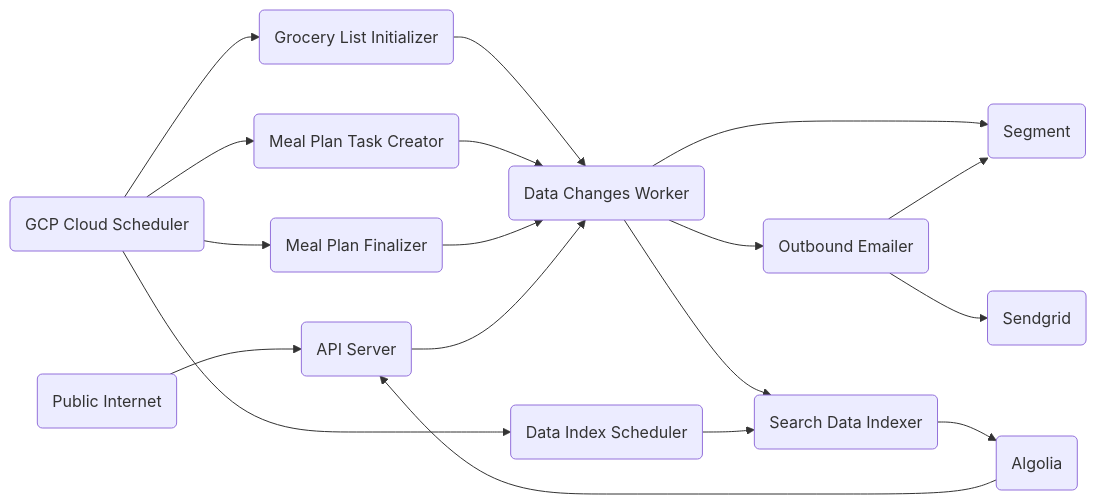
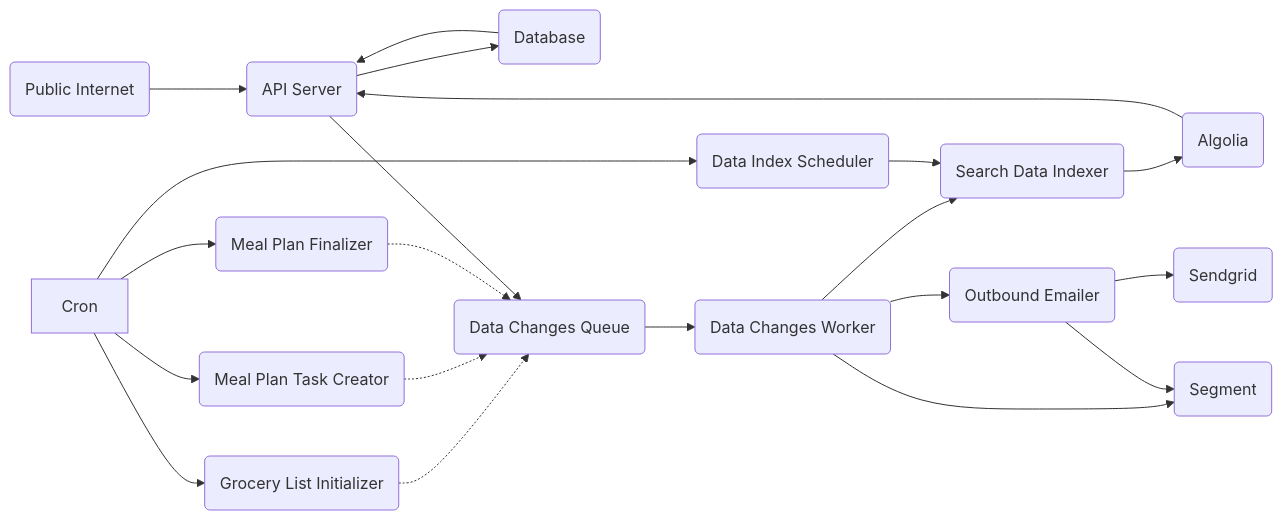
One commit to dinnerdonebetter/dinnerdonebetter changed the diagram in backend/README.md. Above: the diagram before and after it, drawn with Mermaid. The commit also changed 142 other files, not shown here.

````diff
--- a/backend/README.md
+++ b/backend/README.md
@@ -32,33 +32,37 @@
 ```mermaid
 flowchart LR
+    PublicInternet("Public Internet")
     APIServer("API Server")
-    PublicInternet("Public Internet")
     Sendgrid("Sendgrid")
     Segment("Segment")
     Algolia("Algolia")
-    Cron("GCP Cloud Scheduler")
+    Database("Database")
+    DataChangesQueue("Data Changes Queue")
     DataChangesWorker("Data Changes Worker")
     MealPlanFinalizerWorker("Meal Plan Finalizer")
     MealPlanGroceryListInitializerWorker("Grocery List Initializer")
     MealPlanTaskCreatorWorker("Meal Plan Task Creator")
     OutboundEmailerWorker("Outbound Emailer")
     SearchDataIndexSchedulerWorker("Data Index Scheduler")
     SearchDataIndexerWorker("Search Data Indexer")
     PublicInternet-->APIServer
     Cron-->MealPlanGroceryListInitializerWorker
     Cron-->SearchDataIndexSchedulerWorker
     Cron-->MealPlanTaskCreatorWorker
     Cron-->MealPlanFinalizerWorker
     DataChangesWorker-->OutboundEmailerWorker
     DataChangesWorker-->SearchDataIndexerWorker
-    MealPlanGroceryListInitializerWorker-->DataChangesWorker
-    MealPlanTaskCreatorWorker-->DataChangesWorker
-    MealPlanFinalizerWorker-->DataChangesWorker
+    MealPlanGroceryListInitializerWorker-.->DataChangesQueue
+    MealPlanTaskCreatorWorker-.->DataChangesQueue
+    MealPlanFinalizerWorker-.->DataChangesQueue
     SearchDataIndexSchedulerWorker-->SearchDataIndexerWorker
     SearchDataIndexerWorker-->Algolia
-    APIServer-->DataChangesWorker
+    DataChangesQueue-->DataChangesWorker
     DataChangesWorker-->Segment
     OutboundEmailerWorker-->Segment
     OutboundEmailerWorker-->Sendgrid
     Algolia-->APIServer
+    APIServer-->Database
+    Database-->APIServer
+    APIServer-->DataChangesQueue
 ```
````
